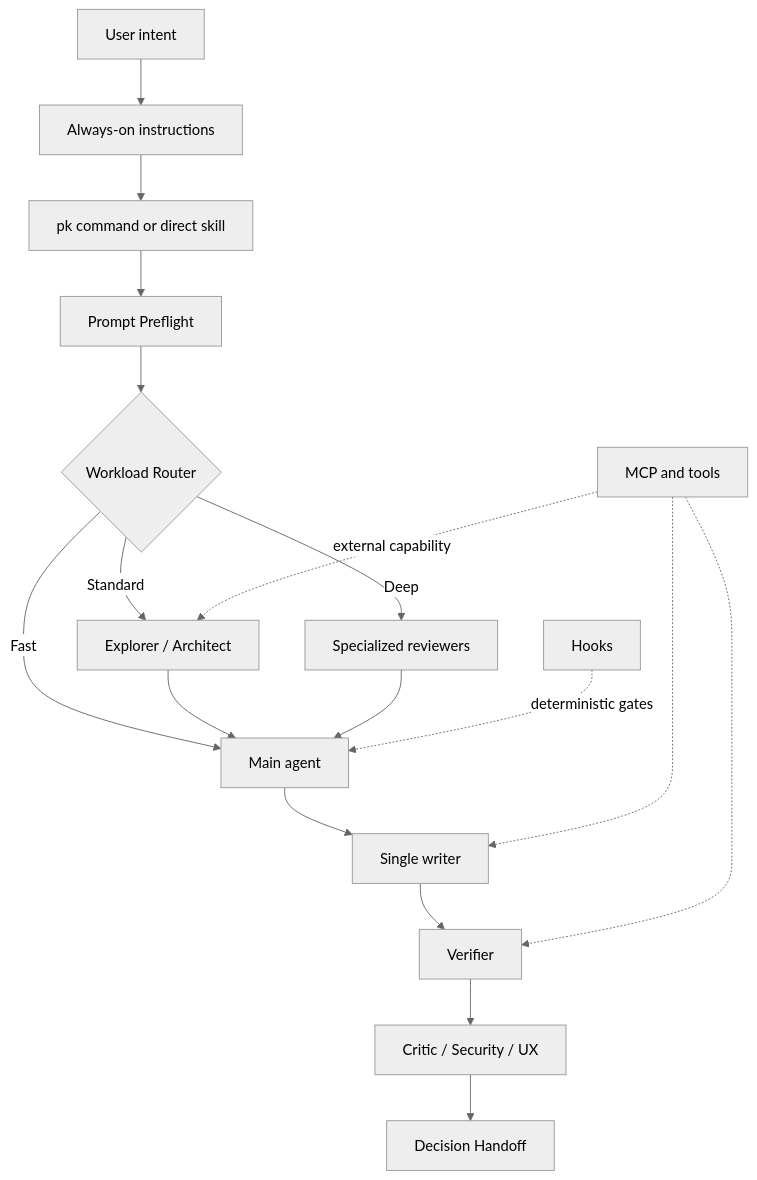
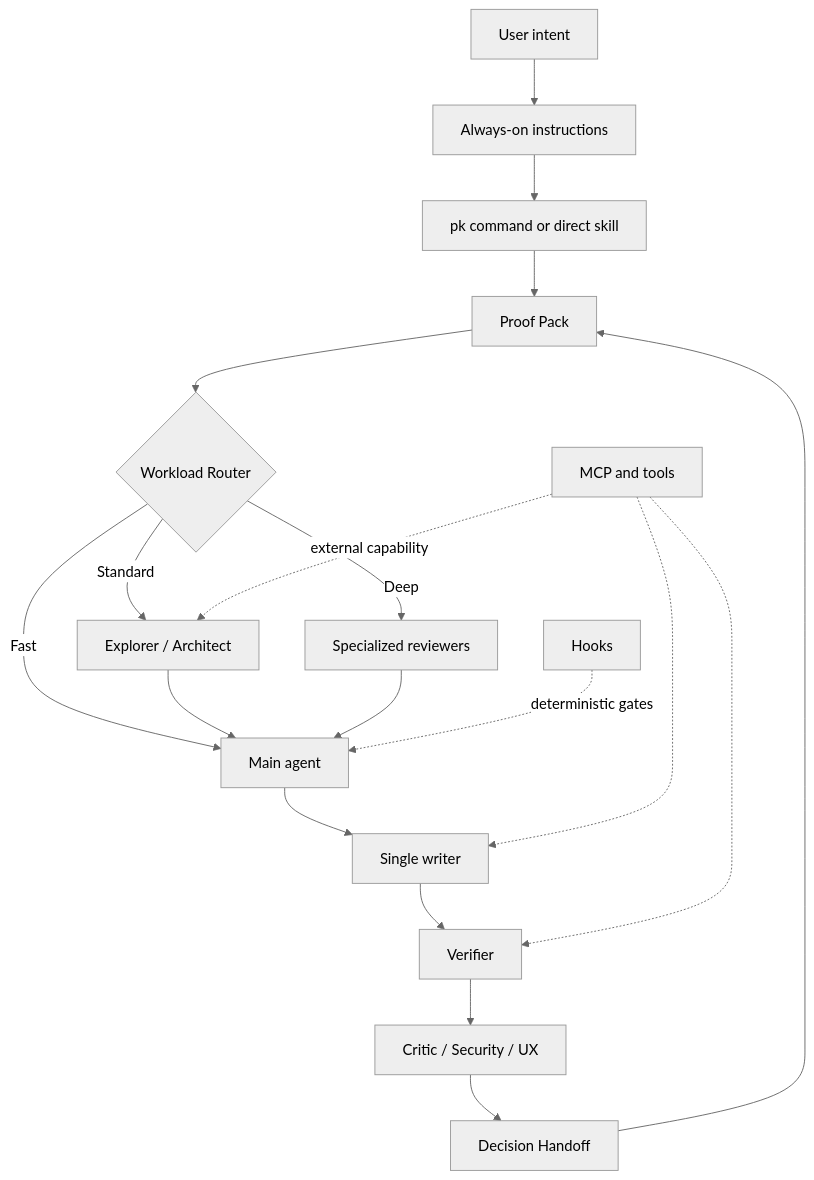
The diagram in docs/ARCHITECTURE.md (tyreamer/ai-engineering-powerkit), drawn with Mermaid (neutral theme) before and after one commit. The commit also changed other lines of this file and 29 other files, not shown here.

Commit message:
feat: add evidence-backed proof pack

````diff
--- a/docs/ARCHITECTURE.md
+++ b/docs/ARCHITECTURE.md
@@ -102,20 +102,21 @@
 ```mermaid
 flowchart TB
     U[User intent] --> I[Always-on instructions]
     I --> K[pk command or direct skill]
     K --> P[Prompt Preflight]
     P --> R{Workload Router}
     R -->|Fast| M[Main agent]
     R -->|Standard| E[Explorer / Architect]
     R -->|Deep| S[Specialized reviewers]
     E --> M
     S --> M
     M --> W[Single writer]
     W --> V[Verifier]
     V --> C[Critic / Security / UX]
     C --> H[Decision Handoff]
+    H --> P[Proof Pack]
     X[Hooks] -. deterministic gates .-> M
     T[MCP and tools] -. external capability .-> E
     T -.-> W
     T -.-> V
 ```
````
